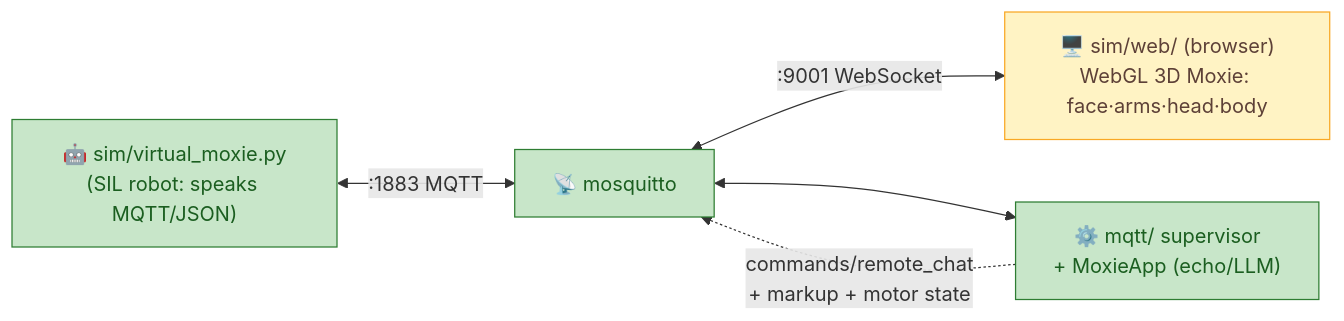
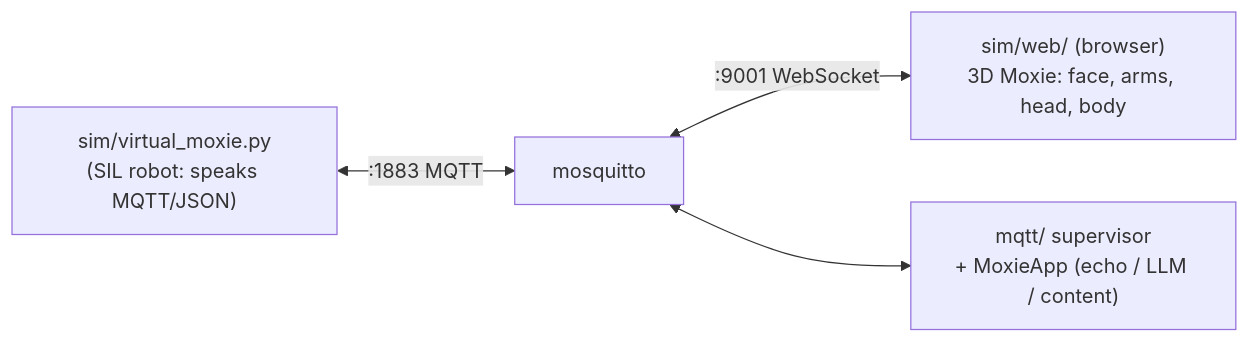
The diagram in sim/web/docs-bundle/architecture/sil-and-cicd.md (mvalancy/moxie-robot-saver), drawn with Mermaid before and after one commit. The commit also changed other lines of this file and 454 other files, not shown here.

````diff
--- a/sim/web/docs-bundle/architecture/sil-and-cicd.md
+++ b/sim/web/docs-bundle/architecture/sil-and-cicd.md
@@ -131,10 +71,6 @@
 ```mermaid
 flowchart LR
-  vm["🤖 sim/virtual_moxie.py<br/>(SIL robot: speaks MQTT/JSON)"] <-->|":1883 MQTT"| broker["📡 mosquitto"]
-  broker <-->|":9001 WebSocket"| ui["🖥️ sim/web/ (browser)<br/>WebGL 3D Moxie: face·arms·head·body"]
-  broker <--> sup["⚙️ mqtt/ supervisor<br/>+ MoxieApp (echo/LLM)"]
-  sup -.->|"commands/remote_chat<br/>+ markup + motor state"| broker
-  classDef done fill:#c8e6c9,stroke:#2e7d32,color:#1b5e20;
-  classDef todo fill:#fff3c4,stroke:#f9a825,color:#5d4037;
-  class vm,broker,sup done; class ui todo;
+  vm["sim/virtual_moxie.py<br/>(SIL robot: speaks MQTT/JSON)"] <-->|":1883 MQTT"| broker["mosquitto"]
+  broker <-->|":9001 WebSocket"| ui["sim/web/ (browser)<br/>3D Moxie: face, arms, head, body"]
+  broker <--> sup["mqtt/ supervisor<br/>+ MoxieApp (echo / LLM / content)"]
 ```
````
